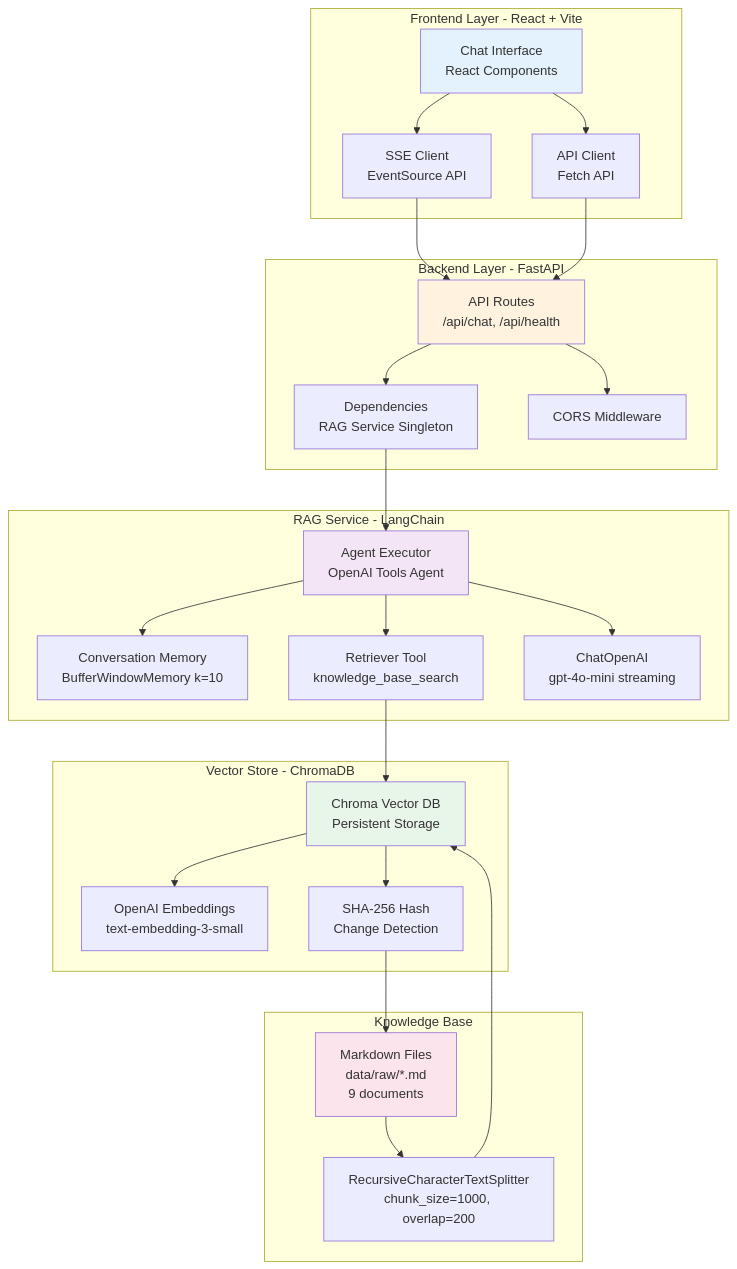
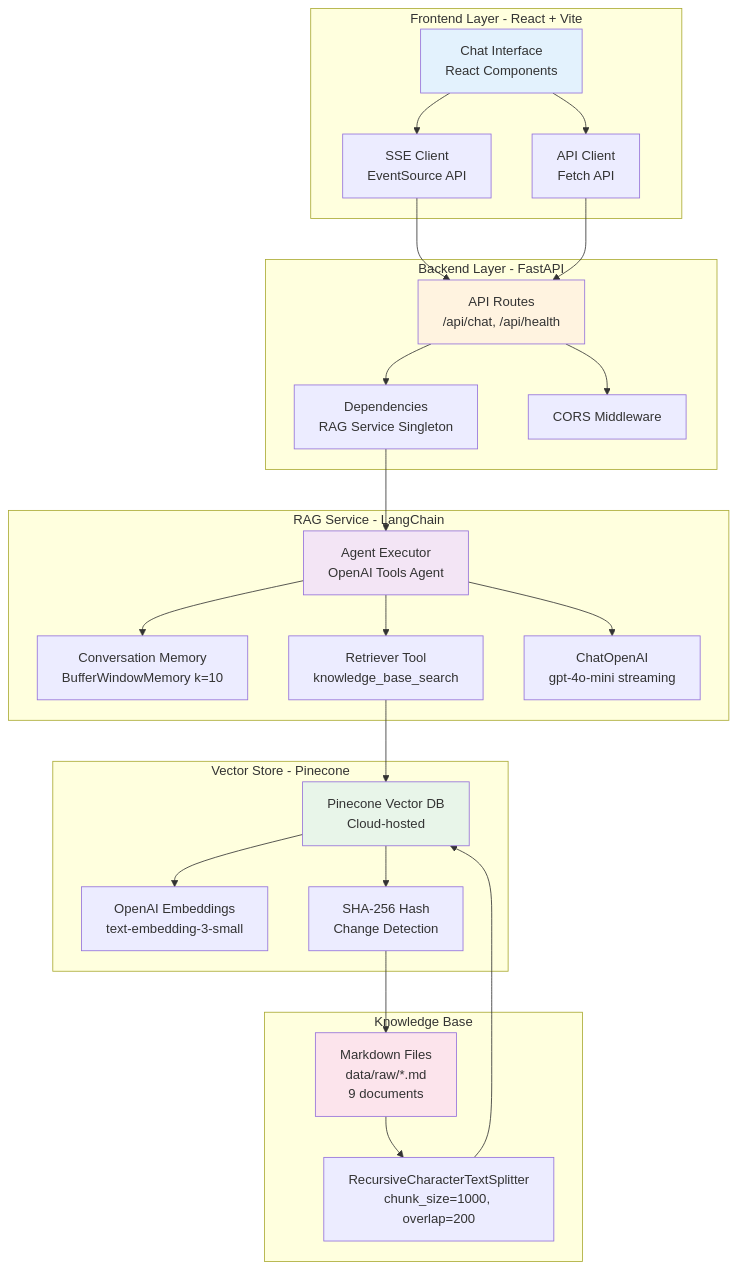
Before and after one commit to NinobraV/knowra-onboarding-agent: the first of 8 diagrams in README.md, drawn with Mermaid. The commit also changed other lines of this file and 6 other files, not shown here.

Commit message:
feat: Integrate Pinecone as vector store and enhance chunking service with advanced metadata extraction and quality metrics

````diff
--- a/README.md
+++ b/README.md
@@ -60,55 +65,55 @@
 ```mermaid
 graph TB
     subgraph "Frontend Layer - React + Vite"
         UI[Chat Interface<br/>React Components]
         SSE[SSE Client<br/>EventSource API]
         API_CLIENT[API Client<br/>Fetch API]
     end
     
     subgraph "Backend Layer - FastAPI"
         ROUTES[API Routes<br/>/api/chat, /api/health]
         DEPS[Dependencies<br/>RAG Service Singleton]
         CORS[CORS Middleware]
     end
     
     subgraph "RAG Service - LangChain"
         AGENT[Agent Executor<br/>OpenAI Tools Agent]
         MEMORY[Conversation Memory<br/>BufferWindowMemory k=10]
         TOOL[Retriever Tool<br/>knowledge_base_search]
         LLM[ChatOpenAI<br/>gpt-4o-mini streaming]
     end
     
-    subgraph "Vector Store - ChromaDB"
-        CHROMA[Chroma Vector DB<br/>Persistent Storage]
+    subgraph "Vector Store - Pinecone"
+        PINECONE[Pinecone Vector DB<br/>Cloud-hosted]
         EMBED[OpenAI Embeddings<br/>text-embedding-3-small]
         HASH[SHA-256 Hash<br/>Change Detection]
     end
     
     subgraph "Knowledge Base"
         MD[Markdown Files<br/>data/raw/*.md<br/>9 documents]
         SPLITTER[RecursiveCharacterTextSplitter<br/>chunk_size=1000, overlap=200]
     end
     
     UI --> SSE
     UI --> API_CLIENT
     SSE --> ROUTES
     API_CLIENT --> ROUTES
     ROUTES --> CORS
     ROUTES --> DEPS
     DEPS --> AGENT
     AGENT --> MEMORY
     AGENT --> TOOL
     AGENT --> LLM
-    TOOL --> CHROMA
-    CHROMA --> EMBED
-    CHROMA --> HASH
+    TOOL --> PINECONE
+    PINECONE --> EMBED
+    PINECONE --> HASH
     HASH --> MD
     MD --> SPLITTER
-    SPLITTER --> CHROMA
+    SPLITTER --> PINECONE
     
     style UI fill:#e3f2fd
     style ROUTES fill:#fff3e0
     style AGENT fill:#f3e5f5
-    style CHROMA fill:#e8f5e9
+    style PINECONE fill:#e8f5e9
     style MD fill:#fce4ec
 ```
````
